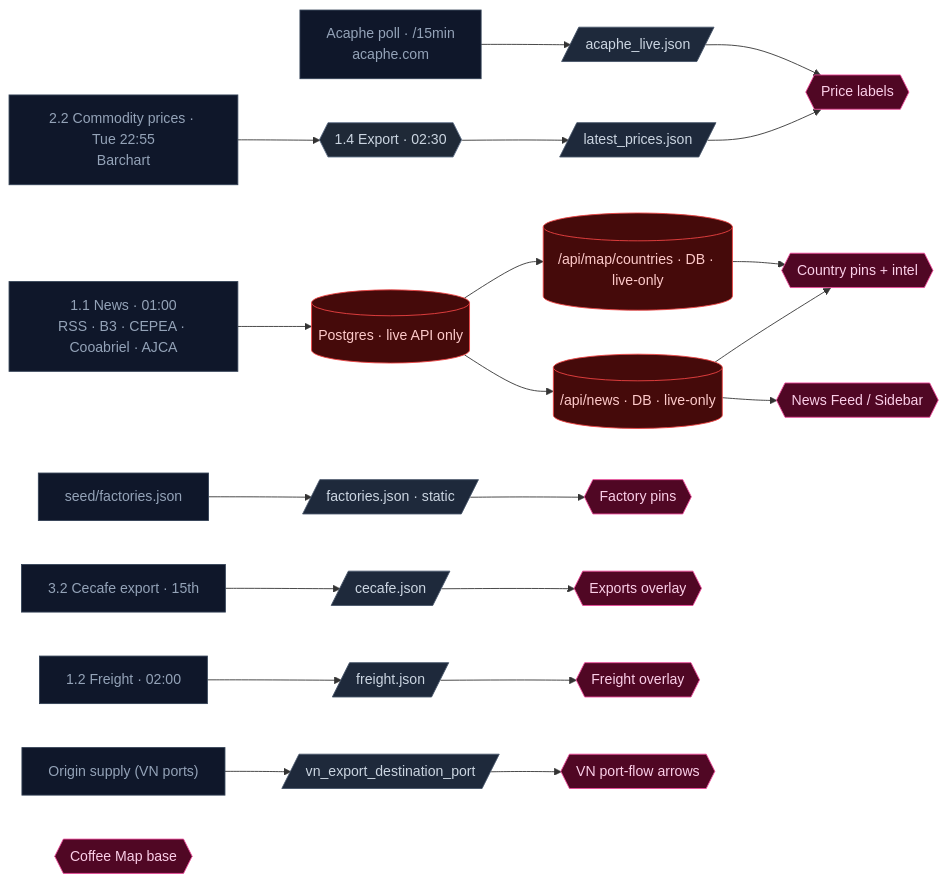
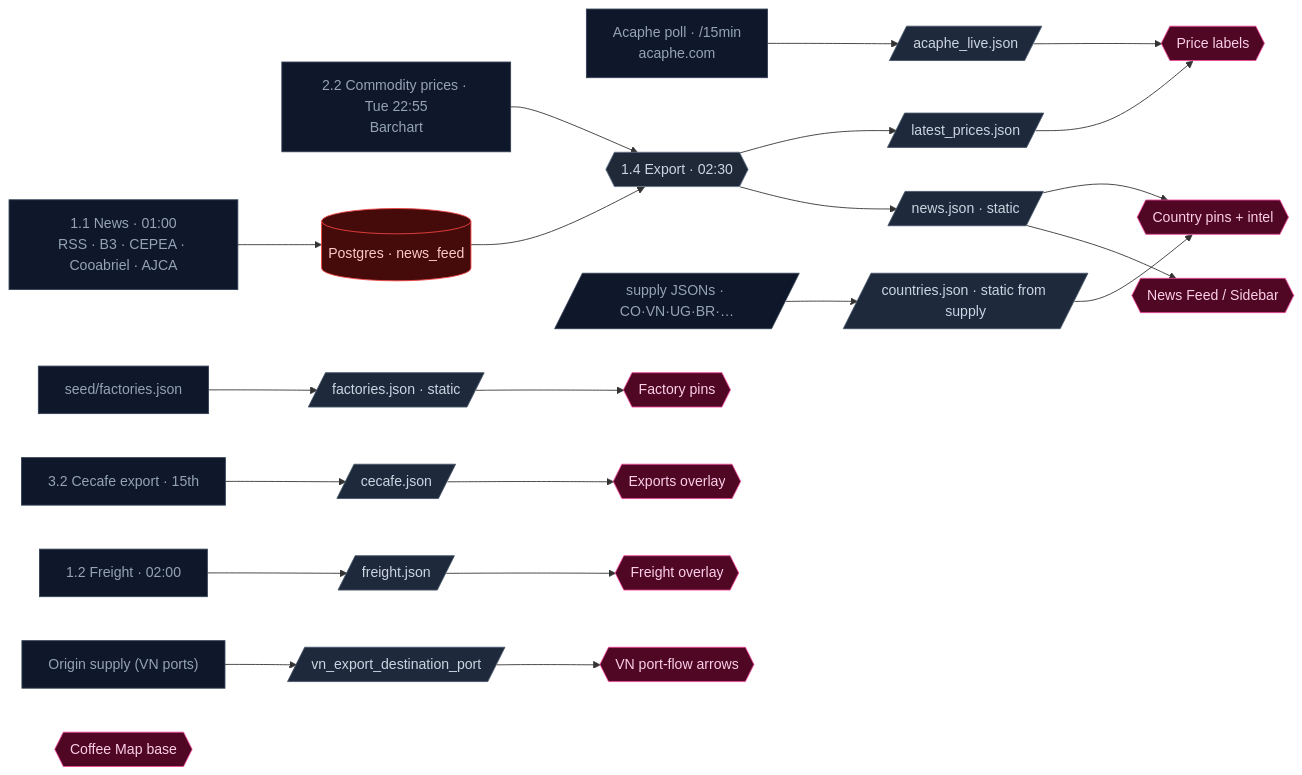
The eighth of 9 diagrams in docs/DATA_PLATFORM_MAP.md (loicscanu-ctrl/Coffee-intel-map), drawn with Mermaid before and after one commit. The commit also changed other lines of this file and 7 other files, not shown here.

First line of the commit message:
feat(map): static country pins from supply data + static news feed

````diff
--- a/docs/DATA_PLATFORM_MAP.md
+++ b/docs/DATA_PLATFORM_MAP.md
@@ -488,50 +508,51 @@
 ```mermaid
 flowchart LR
   W22["2.2 Commodity prices · Tue 22:55<br/>Barchart"]
   WPOLL["Acaphe poll · /15min<br/>acaphe.com"]
   W11["1.1 News · 01:00<br/>RSS · B3 · CEPEA · Cooabriel · AJCA"]
   W32["3.2 Cecafe export · 15th"]
   W12["1.2 Freight · 02:00"]
   WCNTRY["Origin supply (VN ports)"]
-  DB[(Postgres · live API only)]
+  DB[(Postgres · news_feed)]
   EXP{{"1.4 Export · 02:30"}}
   SEED["seed/factories.json"]
+  SUP[/supply JSONs · CO·VN·UG·BR·…/]
   J_lp[/latest_prices.json/]
   J_aca[/acaphe_live.json/]
-  J_news[("/api/news · DB · live-only")]
-  J_ctry[("/api/map/countries · DB · live-only")]
+  J_news[/news.json · static/]
+  J_ctry[/countries.json · static from supply/]
   J_fact[/factories.json · static/]
   J_cec[/cecafe.json/]
   J_fr[/freight.json/]
   J_vnx[/vn_export_destination_port/]
   base{{Coffee Map base}}
   price{{Price labels}}
   country{{Country pins + intel}}
   factory{{Factory pins}}
   exports{{Exports overlay}}
   freight{{Freight overlay}}
   vnport{{VN port-flow arrows}}
   news{{News Feed / Sidebar}}
   W22 --> EXP --> J_lp --> price
   WPOLL --> J_aca --> price
-  W11 --> DB
-  DB --> J_news
+  W11 --> DB --> EXP
+  EXP --> J_news
   J_news --> country
   J_news --> news
-  DB --> J_ctry --> country
+  SUP --> J_ctry --> country
   SEED --> J_fact --> factory
   W32 --> J_cec --> exports
   W12 --> J_fr --> freight
   WCNTRY --> J_vnx --> vnport
 
   classDef scr fill:#0f172a,stroke:#334155,color:#94a3b8;
   classDef store fill:#450a0a,stroke:#ef4444,color:#fecaca;
   classDef proc fill:#1f2937,stroke:#64748b,color:#cbd5e1;
   classDef json fill:#1e293b,stroke:#475569,color:#cbd5e1;
   classDef vis fill:#500724,stroke:#ec4899,color:#fbcfe8;
-  class W22,WPOLL,W11,W32,W12,WCNTRY,SEED scr;
-  class DB,J_news,J_ctry store;
+  class W22,WPOLL,W11,W32,W12,WCNTRY,SEED,SUP scr;
+  class DB store;
   class EXP proc;
-  class J_lp,J_aca,J_fact,J_cec,J_fr,J_vnx json;
+  class J_lp,J_aca,J_news,J_ctry,J_fact,J_cec,J_fr,J_vnx json;
   class base,price,country,factory,exports,freight,vnport,news vis;
 ```
````
